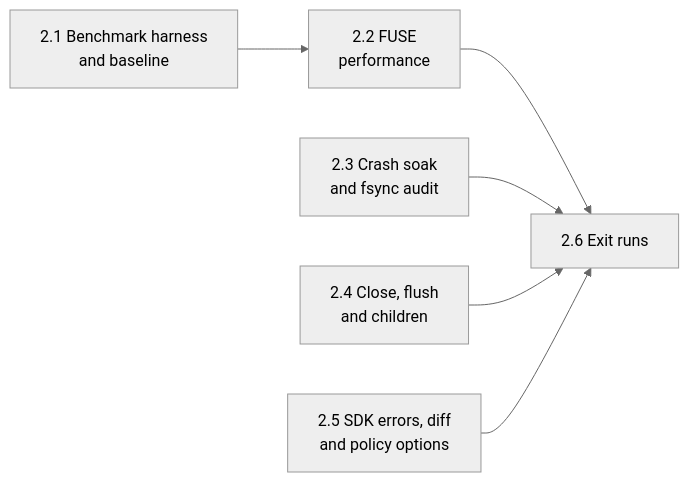
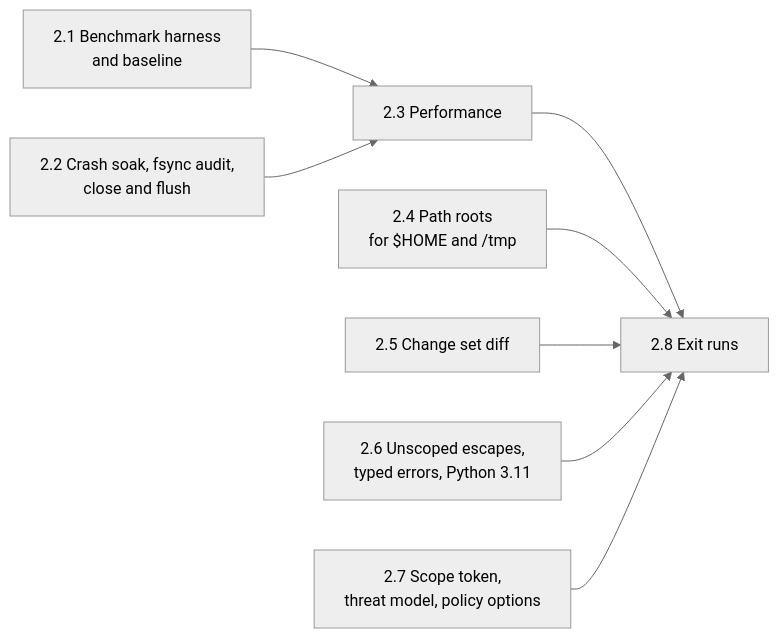
The diagram in docs/phase-2-hardening.md (rcrsr/escrowd), drawn with Mermaid (neutral theme) before and after one commit. The commit also changed other lines of this file and 18 other files, not shown here.

Commit message:
feat(bench): phase 2.1 benchmark harness, sandbox.write, read-heavy workload

````diff
--- a/docs/phase-2-hardening.md
+++ b/docs/phase-2-hardening.md
@@ -23,11 +28,10 @@
 ```mermaid
 flowchart LR
-    S1["2.1 Benchmark harness<br/>and baseline"] --> S2["2.2 FUSE<br/>performance"]
-    S3["2.3 Crash soak<br/>and fsync audit"]
-    S4["2.4 Close, flush<br/>and children"]
-    S5["2.5 SDK errors, diff<br/>and policy options"]
-    S2 --> S6["2.6 Exit runs"]
-    S3 --> S6
-    S4 --> S6
-    S5 --> S6
+    S1["2.1 Benchmark harness<br/>and baseline"] --> S3["2.3 Performance"]
+    S2["2.2 Crash soak, fsync audit,<br/>close and flush"] --> S3
+    S3 --> S8["2.8 Exit runs"]
+    S4["2.4 Path roots<br/>for $HOME and /tmp"] --> S8
+    S5["2.5 Change set diff"] --> S8
+    S6["2.6 Unscoped escapes,<br/>typed errors, Python 3.11"] --> S8
+    S7["2.7 Scope token,<br/>threat model, policy options"] --> S8
 ```
````
